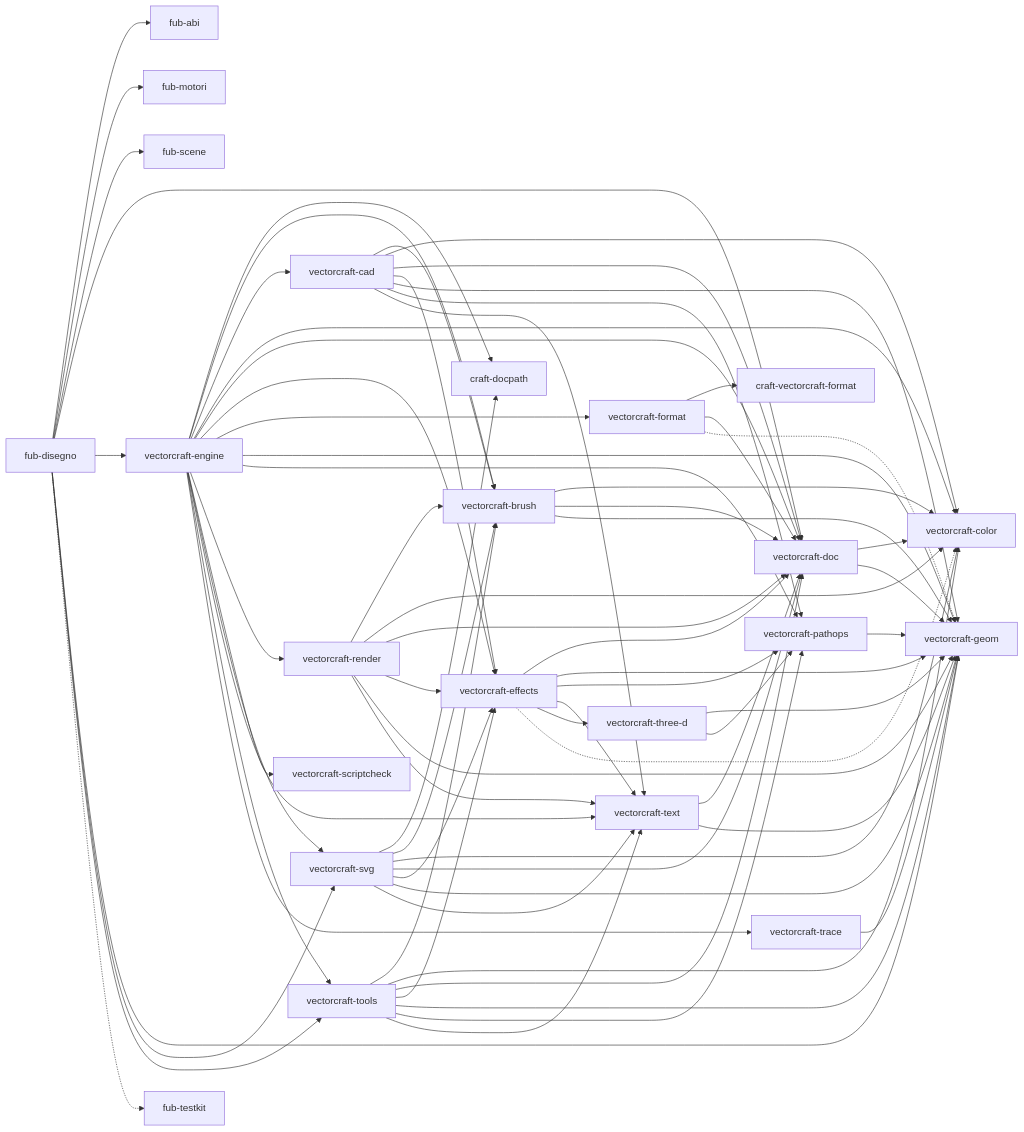
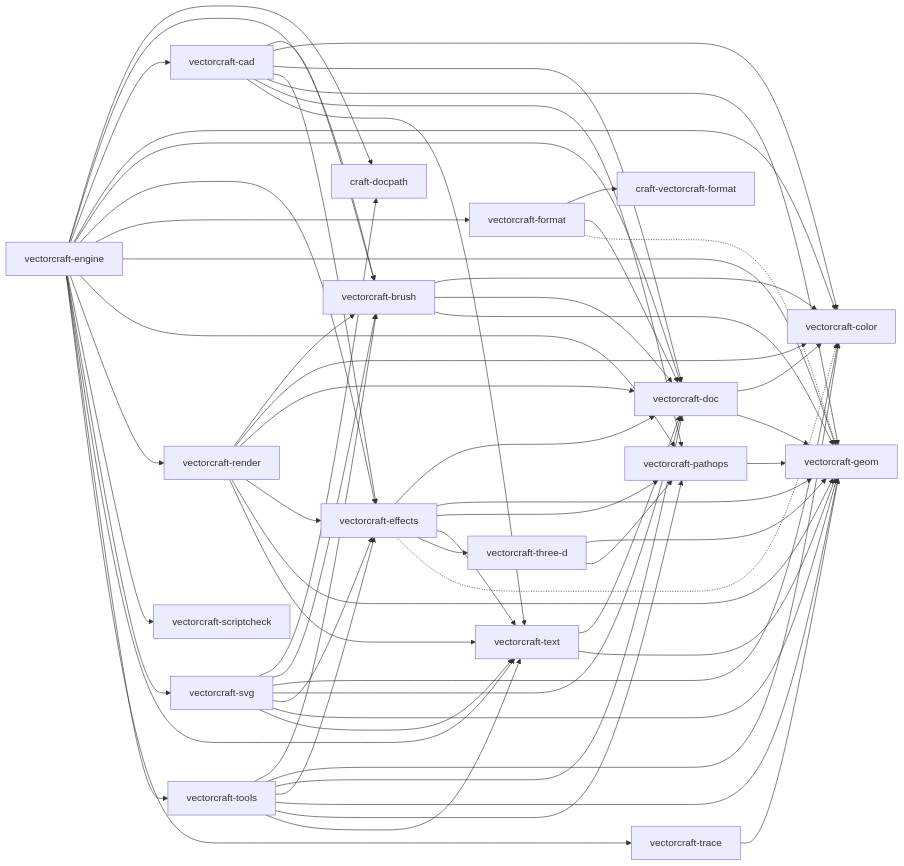
The third of 3 diagrams in docs/architecture/disegno.md (Fubeo/Fub), drawn with Mermaid before and after one commit. The commit also changed other lines of this file and 1 other file, not shown here.

Commit message:
docs(disegno): il grafo di VectorCraft in due blocchi e la prosa senza cronaca (K5 T9)

````diff
--- a/docs/architecture/disegno.md
+++ b/docs/architecture/disegno.md
@@ -220,13 +251,8 @@
 ```mermaid
 flowchart LR
     %% @grafo-dipendenze
-    %% Il seguito del grafo: fub-disegno e i crate di VectorCraft.
+    %% Il seguito del grafo: i crate di VectorCraft fra loro.
 
-    disegno["fub-disegno"]
-    abi["fub-abi"]
-    motori["fub-motori"]
-    scene["fub-scene"]
-    testkit["fub-testkit"]
     cdocpath["craft-docpath"]
     cformat["craft-vectorcraft-format"]
     vbrush["vectorcraft-brush"]
@@ -246,15 +272,6 @@
     vtools["vectorcraft-tools"]
     vtrace["vectorcraft-trace"]
 
-    disegno --> abi
-    disegno --> motori
-    disegno --> scene
-    disegno --> vdoc
-    disegno --> vengine
-    disegno --> vgeom
-    disegno --> vsvg
-    disegno --> vtools
-    disegno -.-> testkit
     vbrush --> vcolor
     vbrush --> vdoc
     vbrush --> vgeom
````
